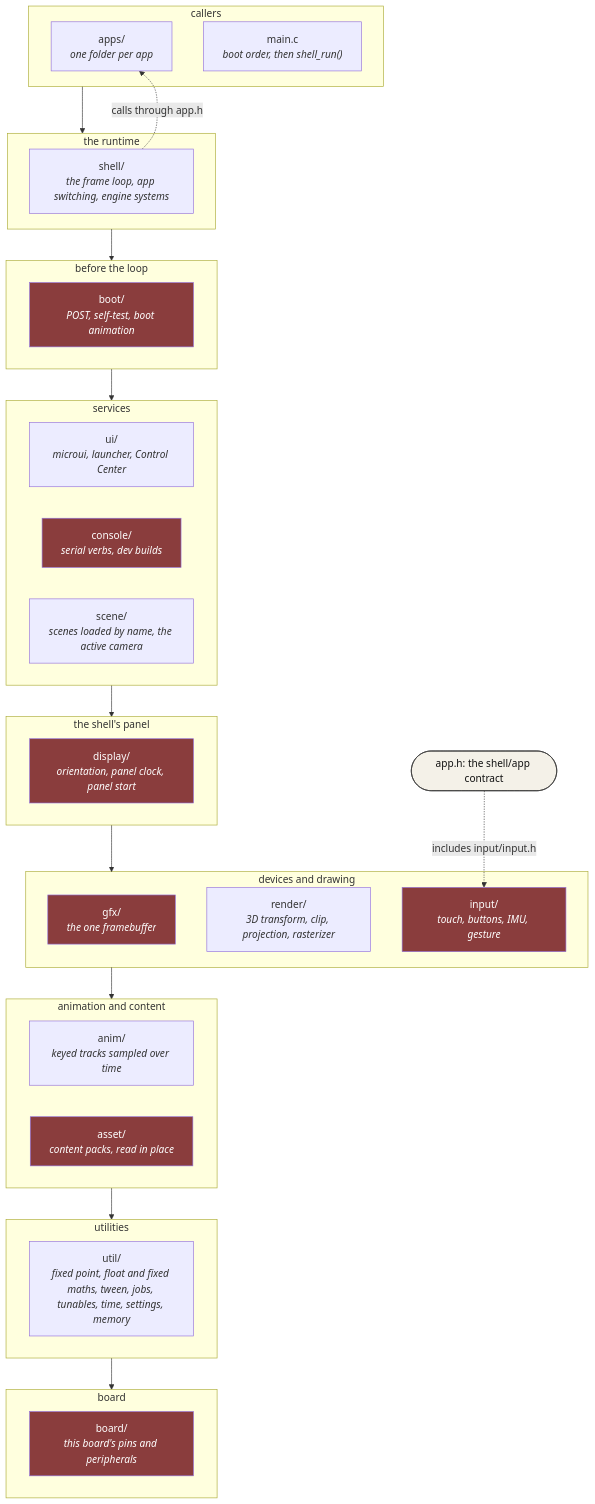
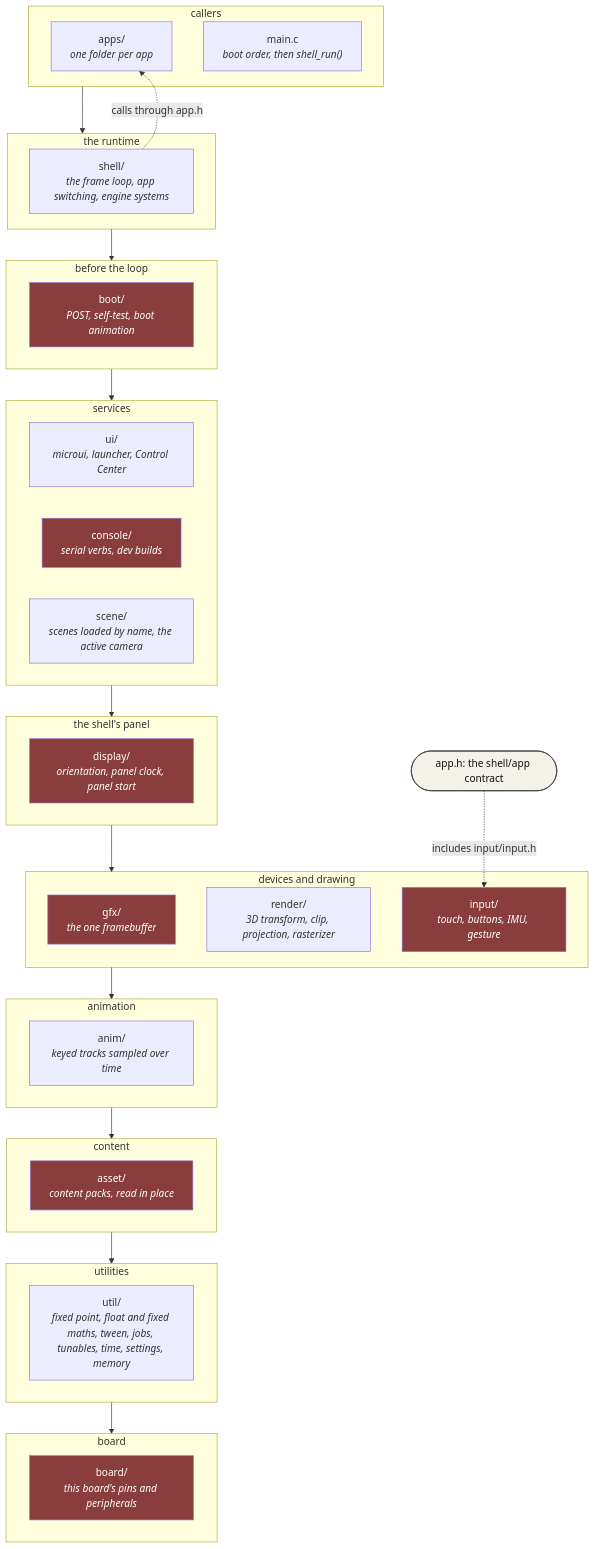
Before and after one commit to jose-villegas/autana: the first of 4 diagrams in docs/Firmware-Architecture.md, drawn with Mermaid. The commit also changed 14 other files, not shown here.

````diff
--- a/docs/Firmware-Architecture.md
+++ b/docs/Firmware-Architecture.md
@@ -46,44 +46,46 @@
 ```mermaid
 flowchart TB
     classDef hw fill:#8a3d3d,color:#fff
     classDef contract fill:#f4f1e8,stroke:#333,stroke-width:1px,color:#111
 
     subgraph R1["callers"]
         Apps["apps/<br/><i>one folder per app</i>"]
         Main["main.c<br/><i>boot order, then shell_run()</i>"]
     end
     subgraph R2["the runtime"]
         Shell["shell/<br/><i>the frame loop, app switching, engine systems</i>"]
     end
     subgraph R3["before the loop"]
         Boot["boot/<br/><i>POST, self-test, boot animation</i>"]:::hw
     end
     subgraph R4["services"]
         Ui["ui/<br/><i>microui, launcher, Control Center</i>"]
         Console["console/<br/><i>serial verbs, dev builds</i>"]:::hw
         Scene["scene/<br/><i>scenes loaded by name, the active camera</i>"]
     end
     subgraph R5["the shell's panel"]
         Display["display/<br/><i>orientation, panel clock, panel start</i>"]:::hw
     end
     subgraph R6["devices and drawing"]
         Gfx["gfx/<br/><i>the one framebuffer</i>"]:::hw
         Render["render/<br/><i>3D transform, clip, projection, rasterizer</i>"]
         Input["input/<br/><i>touch, buttons, IMU, gesture</i>"]:::hw
     end
-    subgraph R7["animation and content"]
+    subgraph R7["animation"]
         Anim["anim/<br/><i>keyed tracks sampled over time</i>"]
+    end
+    subgraph R8["content"]
         Asset["asset/<br/><i>content packs, read in place</i>"]:::hw
     end
-    subgraph R8["utilities"]
+    subgraph R9["utilities"]
         Util["util/<br/><i>fixed point, float and fixed maths, tween, jobs, tunables, time, settings, memory</i>"]
     end
-    subgraph R9["board"]
+    subgraph R10["board"]
         Board["board/<br/><i>this board's pins and peripherals</i>"]:::hw
     end
 
-    R1 --> R2 --> R3 --> R4 --> R5 --> R6 --> R7 --> R8 --> R9
+    R1 --> R2 --> R3 --> R4 --> R5 --> R6 --> R7 --> R8 --> R9 --> R10
     Contract(["app.h: the shell/app contract"]):::contract
     Shell -.->|"calls through app.h"| Apps
     Contract -.->|"includes input/input.h"| Input
 ```
````
